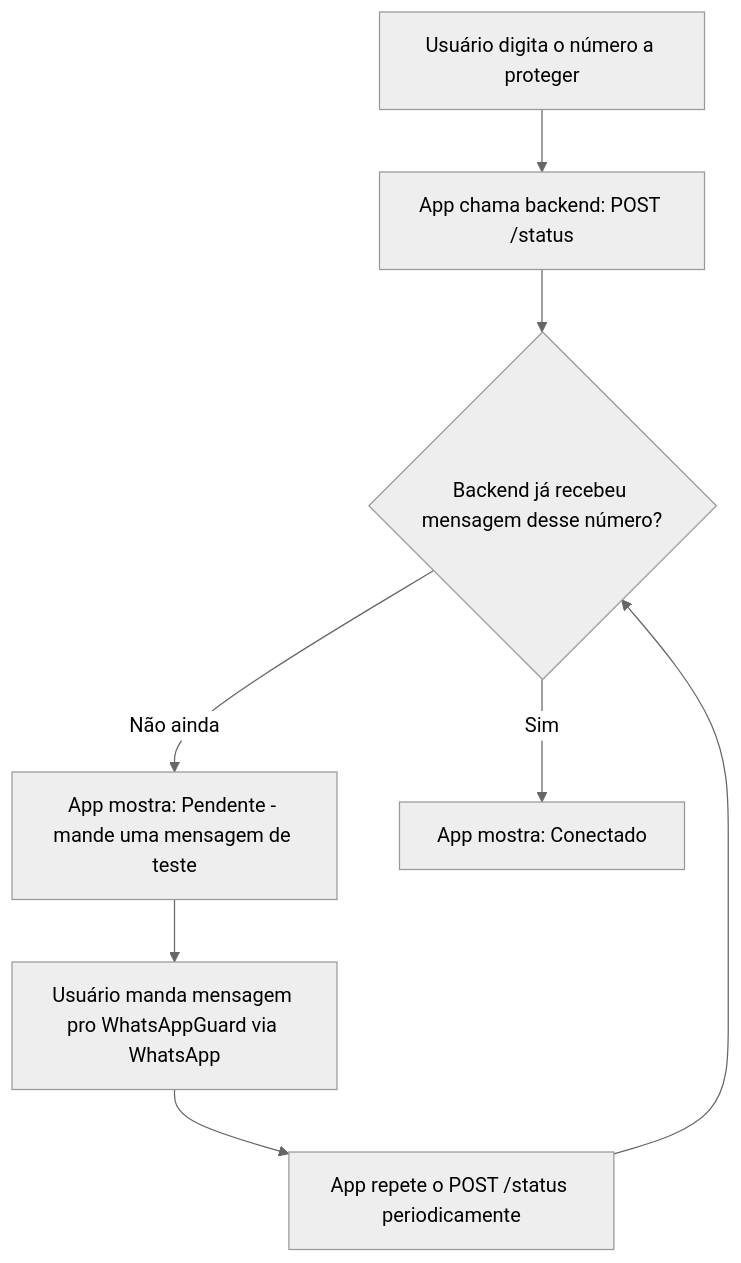
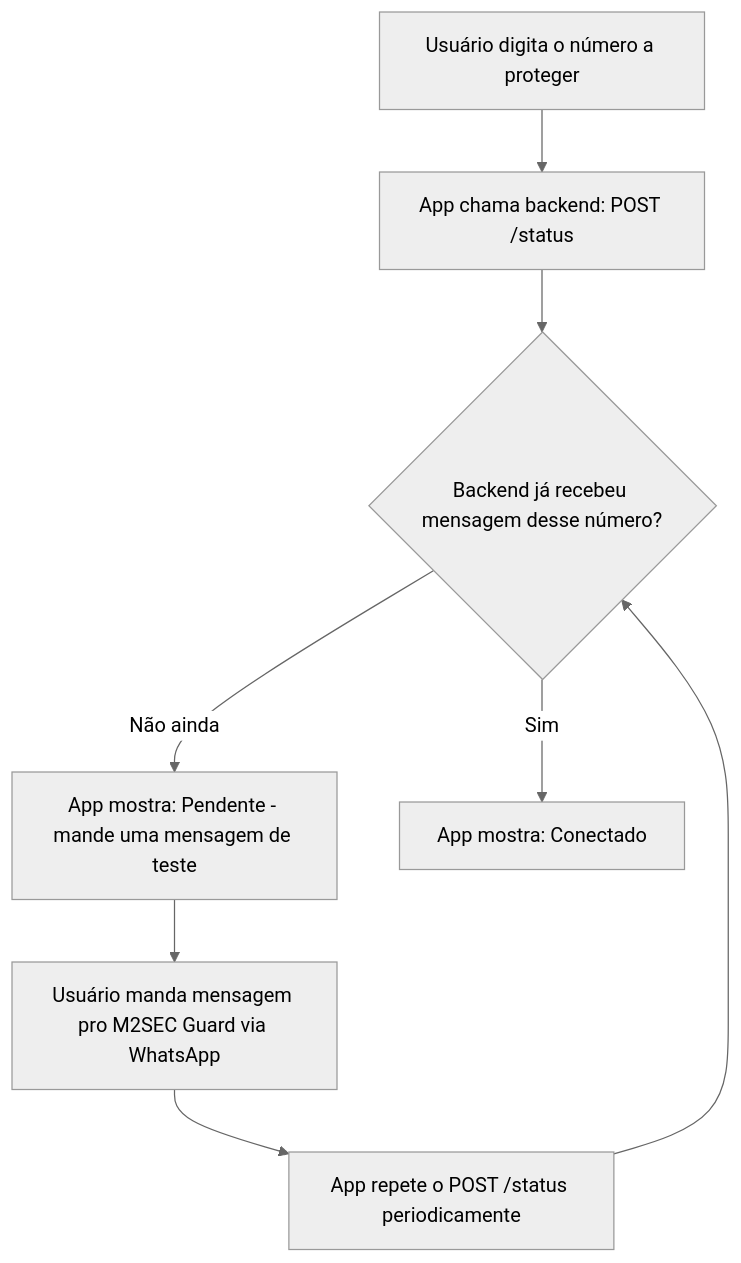
The second of 6 diagrams in PLANO_TECNICO_APP.md (marleciooliveira/WhatsApp_guard), drawn with Mermaid (neutral theme) before and after one commit. The commit also changed other lines of this file and 11 other files, not shown here.

First line of the commit message:
Renomeia WhatsAppGuard para M2SEC Guard em todo o repo e reposiciona como servico da M2SEC

````diff
--- a/PLANO_TECNICO_APP.md
+++ b/PLANO_TECNICO_APP.md
@@ -37,10 +37,10 @@
 ```mermaid
 flowchart TD
     A[Usuário digita o número a proteger] --> B[App chama backend: POST /status]
     B --> C{Backend já recebeu mensagem desse número?}
     C -->|Não ainda| D[App mostra: Pendente - mande uma mensagem de teste]
-    D --> E[Usuário manda mensagem pro WhatsAppGuard via WhatsApp]
+    D --> E[Usuário manda mensagem pro M2SEC Guard via WhatsApp]
     E --> F[App repete o POST /status periodicamente]
     F --> C
     C -->|Sim| G[App mostra: Conectado]
 ```
````
